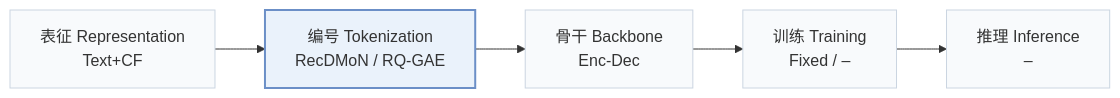
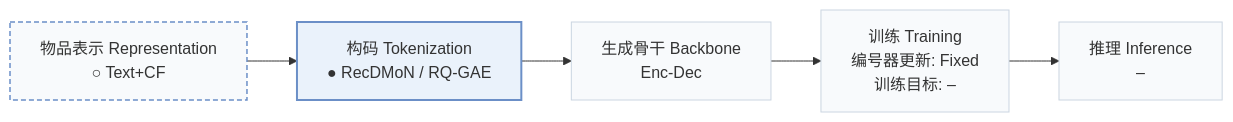
The first of 2 diagrams in pages/zh/papers/gris-recdmon-rq-gae.md (Galaxy-ghost/Awesome-SID-Generative-Rec), drawn with Mermaid before and after one commit. The commit also changed other lines of this file and 558 other files, not shown here.

````diff
--- a/pages/zh/papers/gris-recdmon-rq-gae.md
+++ b/pages/zh/papers/gris-recdmon-rq-gae.md
@@ -15,8 +18,10 @@
 ```mermaid
 flowchart LR
-    R["表征 Representation<br/>Text+CF"] --> T["编号 Tokenization<br/>RecDMoN / RQ-GAE"] --> B["骨干 Backbone<br/>Enc-Dec"] --> TR["训练 Training<br/>Fixed / –"] --> I["推理 Inference<br/>–"]
+    R["物品表示 Representation<br/>○ Text+CF"] --> T["构码 Tokenization<br/>● RecDMoN / RQ-GAE"] --> B["生成骨干 Backbone<br/>Enc-Dec"] --> TR["训练 Training<br/>编号器更新: Fixed<br/>训练目标: –"] --> I["推理 Inference<br/>–"]
     classDef base fill:#f8fafc,stroke:#cbd5e1
     class R,T,B,TR,I base
+    classDef other fill:#f8fafc,stroke:#6b8fc7,stroke-width:1.5px,stroke-dasharray:5 3
+    class R other
     classDef main fill:#eaf2fb,stroke:#6b8fc7,stroke-width:2px
     class T main
 ```
````
